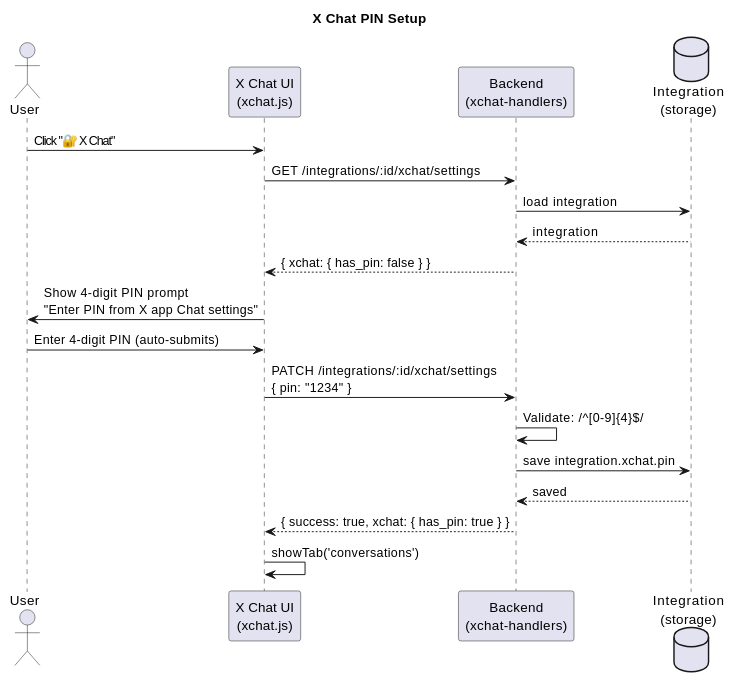
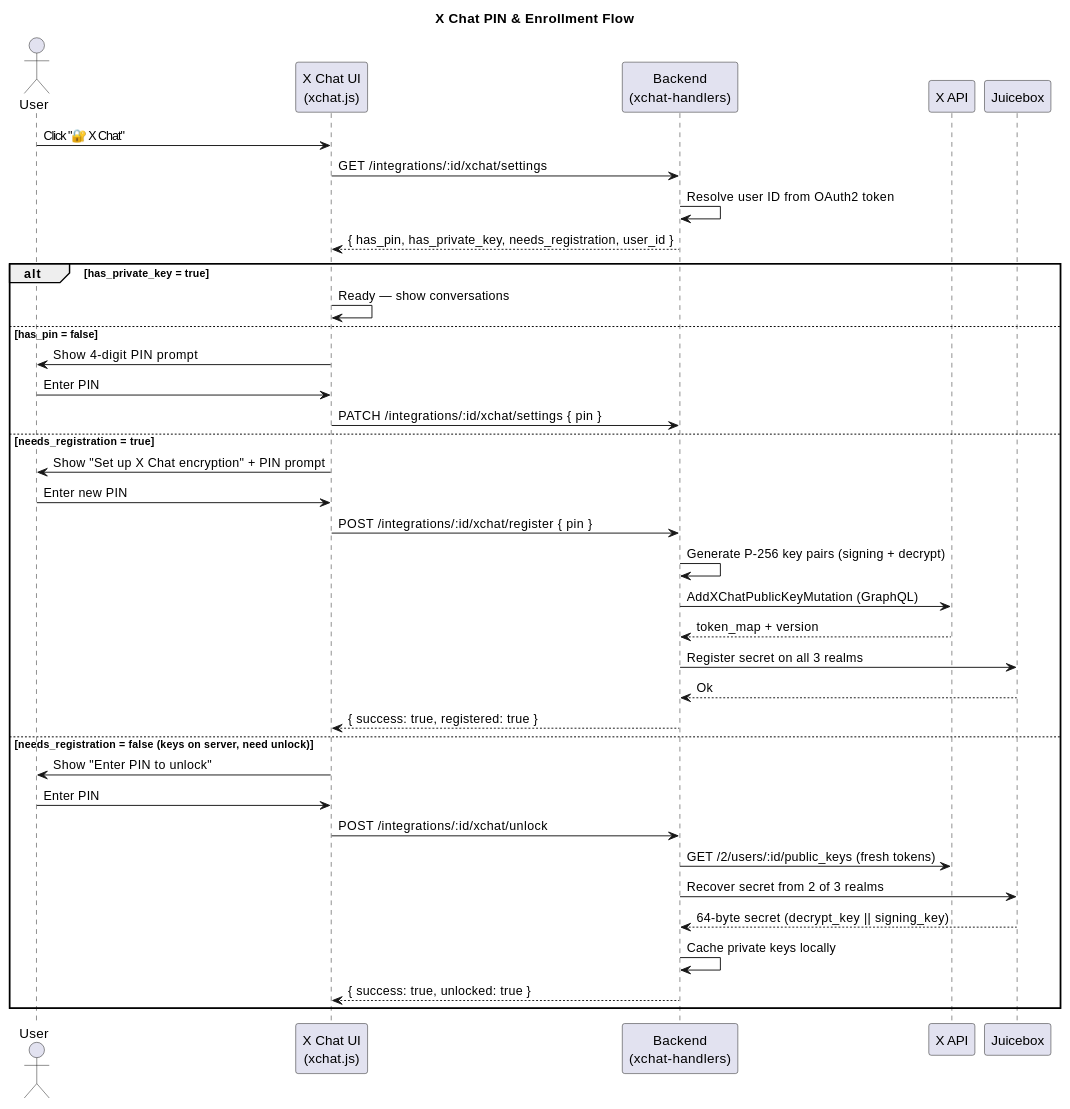
Before and after one commit to dmitryon/twitter-api-typescript-sdk: the first of 6 diagrams in oauth-demo/xchat/XCHAT-FEATURE.md, drawn with PlantUML. The commit also changed other lines of this file, not shown here.

Commit message:
docs: update XCHAT-FEATURE task status, enrollment detection flow
- Task status: mark Juicebox recovery/registration, message history,
  reactions/edits, user lookup, signature v7 as done
- PIN Setup Flow: replace with full enrollment detection sequence
  diagram showing registration vs recovery paths
- Add enrollment detection logic code example

````diff
--- a/oauth-demo/xchat/XCHAT-FEATURE.md
+++ b/oauth-demo/xchat/XCHAT-FEATURE.md
@@ -128,24 +128,43 @@
 ```plantuml
 @startuml
-title X Chat PIN Setup
+title X Chat PIN & Enrollment Flow
 
 actor User
 participant "X Chat UI\n(xchat.js)" as UI
 participant "Backend\n(xchat-handlers)" as BE
-database "Integration\n(storage)" as DB
+participant "X API" as API
+participant "Juicebox" as JB
 
 User -> UI: Click "🔐 X Chat"
 UI -> BE: GET /integrations/:id/xchat/settings
-BE -> DB: load integration
-DB --> BE: integration
-BE --> UI: { xchat: { has_pin: false } }
-UI -> User: Show 4-digit PIN prompt\n"Enter PIN from X app Chat settings"
-User -> UI: Enter 4-digit PIN (auto-submits)
-UI -> BE: PATCH /integrations/:id/xchat/settings\n{ pin: "1234" }
-BE -> BE: Validate: /^[0-9]{4}$/
-BE -> DB: save integration.xchat.pin
-DB --> BE: saved
-BE --> UI: { success: true, xchat: { has_pin: true } }
-UI -> UI: showTab('conversations')
+BE -> BE: Resolve user ID from OAuth2 token
+BE --> UI: { has_pin, has_private_key, needs_registration, user_id }
+
+alt has_private_key = true
+  UI -> UI: Ready — show conversations
+else has_pin = false
+  UI -> User: Show 4-digit PIN prompt
+  User -> UI: Enter PIN
+  UI -> BE: PATCH /integrations/:id/xchat/settings { pin }
+else needs_registration = true
+  UI -> User: Show "Set up X Chat encryption" + PIN prompt
+  User -> UI: Enter new PIN
+  UI -> BE: POST /integrations/:id/xchat/register { pin }
+  BE -> BE: Generate P-256 key pairs (signing + decrypt)
+  BE -> API: AddXChatPublicKeyMutation (GraphQL)
+  API --> BE: token_map + version
+  BE -> JB: Register secret on all 3 realms
+  JB --> BE: Ok
+  BE --> UI: { success: true, registered: true }
+else needs_registration = false (keys on server, need unlock)
+  UI -> User: Show "Enter PIN to unlock"
+  User -> UI: Enter PIN
+  UI -> BE: POST /integrations/:id/xchat/unlock
+  BE -> API: GET /2/users/:id/public_keys (fresh tokens)
+  BE -> JB: Recover secret from 2 of 3 realms
+  JB --> BE: 64-byte secret (decrypt_key || signing_key)
+  BE -> BE: Cache private keys locally
+  BE --> UI: { success: true, unlocked: true }
+end
 @enduml
 ```
````
